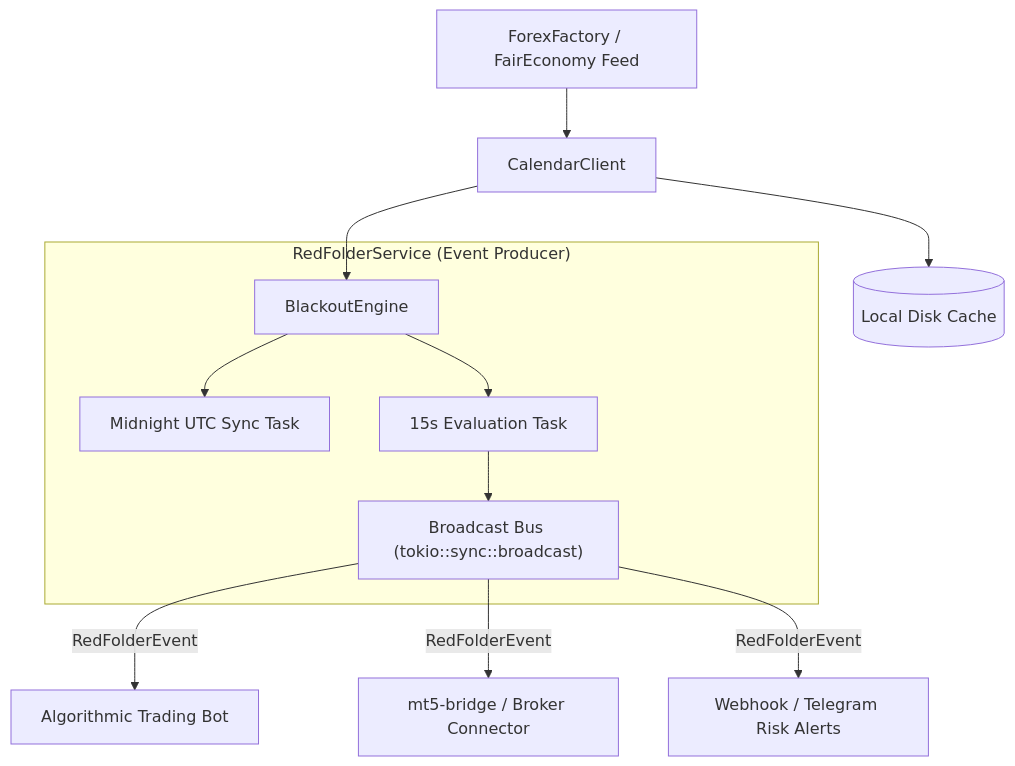
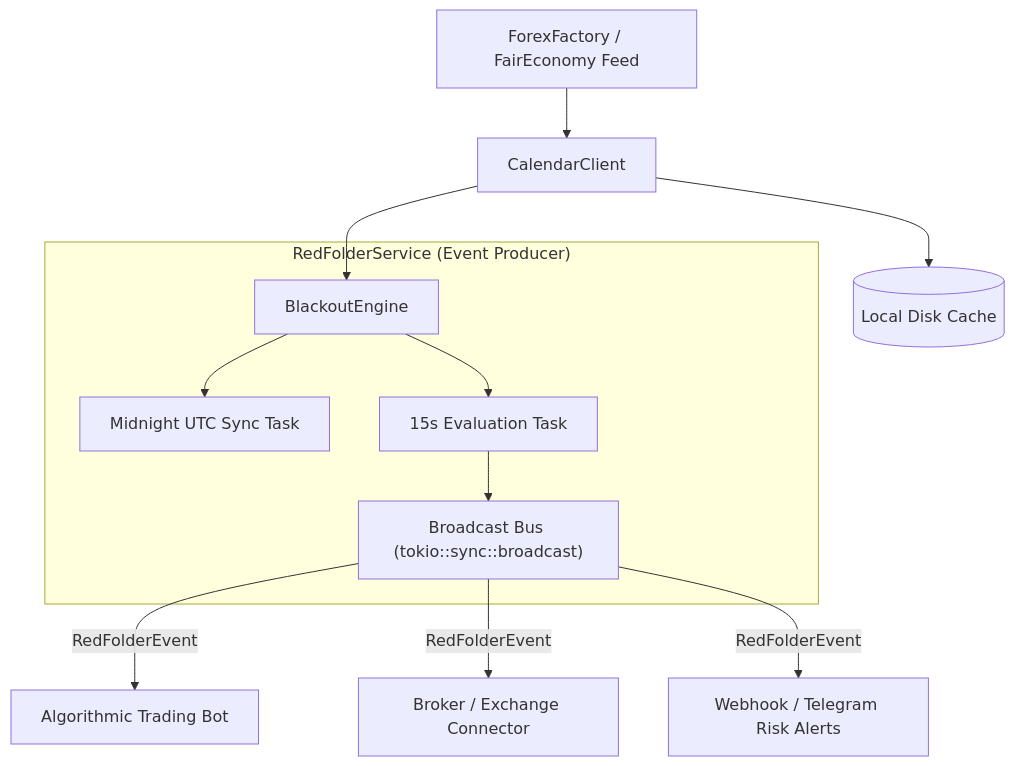
One commit to 0xbarss/redfolder changed the diagram in README.md. Above: the diagram before and after it, drawn with Mermaid. The commit also changed other lines of this file, not shown here.

Commit message:
docs: remove mt5-bridge references from README

````diff
--- a/README.md
+++ b/README.md
@@ -30,16 +30,16 @@
 ```mermaid
 flowchart TD
     API["ForexFactory / FairEconomy Feed"] --> Client["CalendarClient"]
     Client --> Cache[("Local Disk Cache")]
     Client --> Engine["BlackoutEngine"]
 
     subgraph Service ["RedFolderService (Event Producer)"]
         Engine --> SyncLoop["Midnight UTC Sync Task"]
         Engine --> CheckLoop["15s Evaluation Task"]
         CheckLoop --> Bus["Broadcast Bus (tokio::sync::broadcast)"]
     end
 
     Bus -->|RedFolderEvent| Bot["Algorithmic Trading Bot"]
-    Bus -->|RedFolderEvent| Bridge["mt5-bridge / Broker Connector"]
+    Bus -->|RedFolderEvent| Bridge["Broker / Exchange Connector"]
     Bus -->|RedFolderEvent| Alert["Webhook / Telegram Risk Alerts"]
 ```
````
